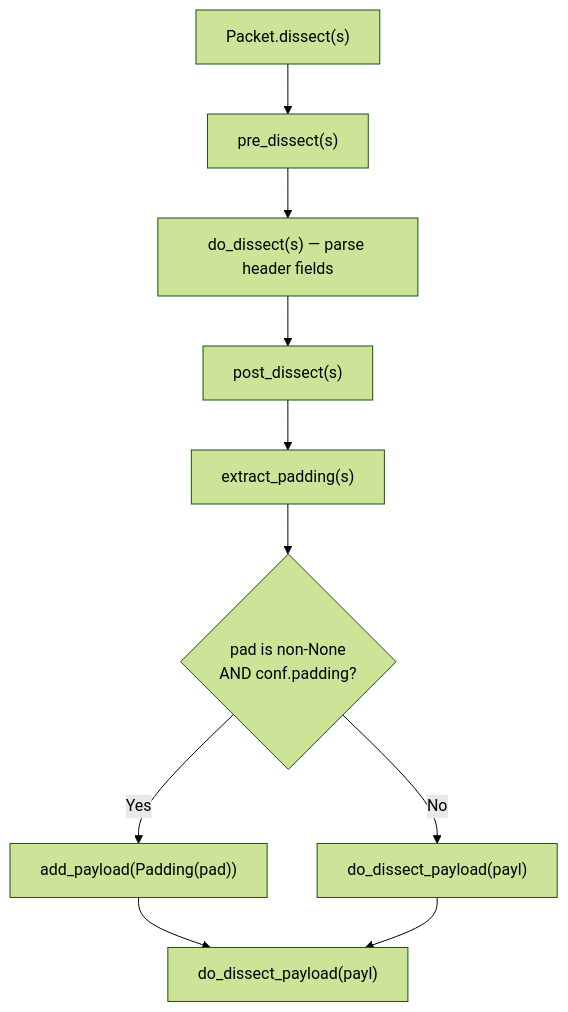
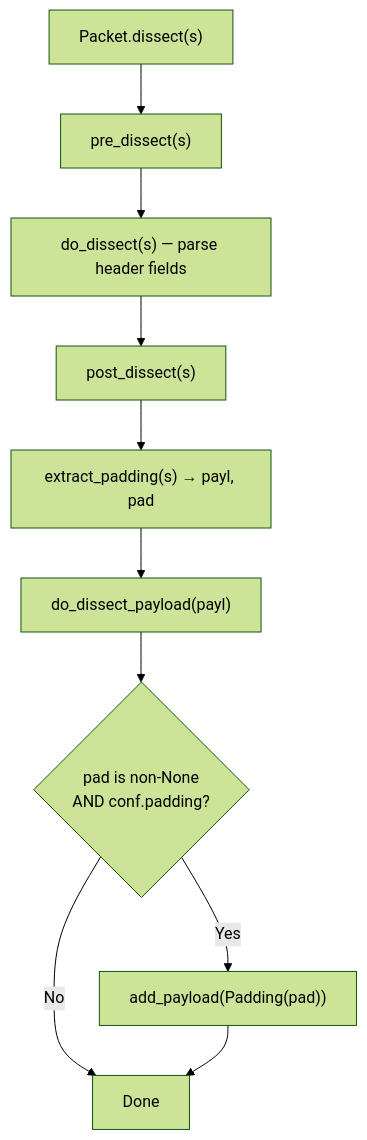
One commit to blitzy-research/scapy changed the second of 2 diagrams in blitzy/documentation/scapy_0925ada48540.md. Above: the diagram before and after it, drawn with Mermaid (forest theme). The commit also changed other lines of this file, not shown here.

Commit message:
fix: correct factual and formatting issues in Ethernet investigation document
- Fix dissection pipeline Mermaid diagram: reorder to show do_dissect_payload()
  as unconditional step BEFORE the padding conditional, matching actual code at
  scapy/packet.py:1057-1060. Remove duplicate do_dissect_payload nodes.
- Correct Ether.payload_guess binding count from 16 to 15: remove EtherCat row
  (contrib module not loaded by default). Add explanatory note about 14
  bind_layers() + 1 bind_bottom_up() = 15 total.
- Update EtherType dispatch Mermaid diagram count from 16 to 15 for consistency.
- Replace \n with <br/> in Mermaid diagram node label for consistent rendering
  across Mermaid renderers.

````diff
--- a/blitzy/documentation/scapy_0925ada48540.md
+++ b/blitzy/documentation/scapy_0925ada48540.md
@@ -579,12 +578,12 @@
 ```mermaid
 flowchart TD
     A["Packet.dissect(s)"] --> B["pre_dissect(s)"]
     B --> C["do_dissect(s) — parse header fields"]
     C --> D["post_dissect(s)"]
-    D --> E["extract_padding(s)"]
-    E --> F{"pad is non-None\nAND conf.padding?"}
-    F -->|"Yes"| G["add_payload(Padding(pad))"]
-    F -->|"No"| H["do_dissect_payload(payl)"]
-    G --> I["do_dissect_payload(payl)"]
+    D --> E["extract_padding(s) → payl, pad"]
+    E --> F["do_dissect_payload(payl)"]
+    F --> G{"pad is non-None<br/>AND conf.padding?"}
+    G -->|"Yes"| H["add_payload(Padding(pad))"]
+    G -->|"No"| I["Done"]
     H --> I
 ```
````
